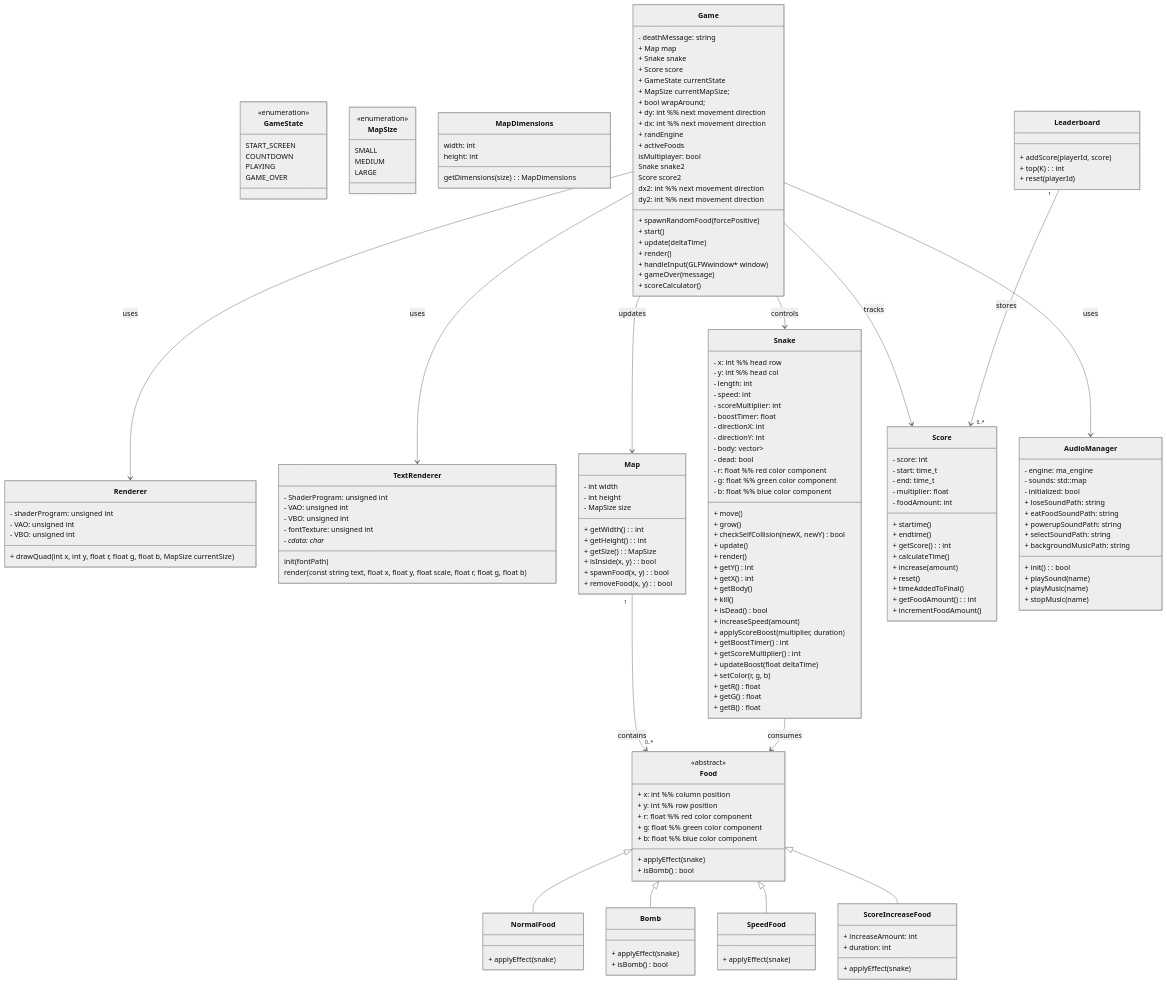
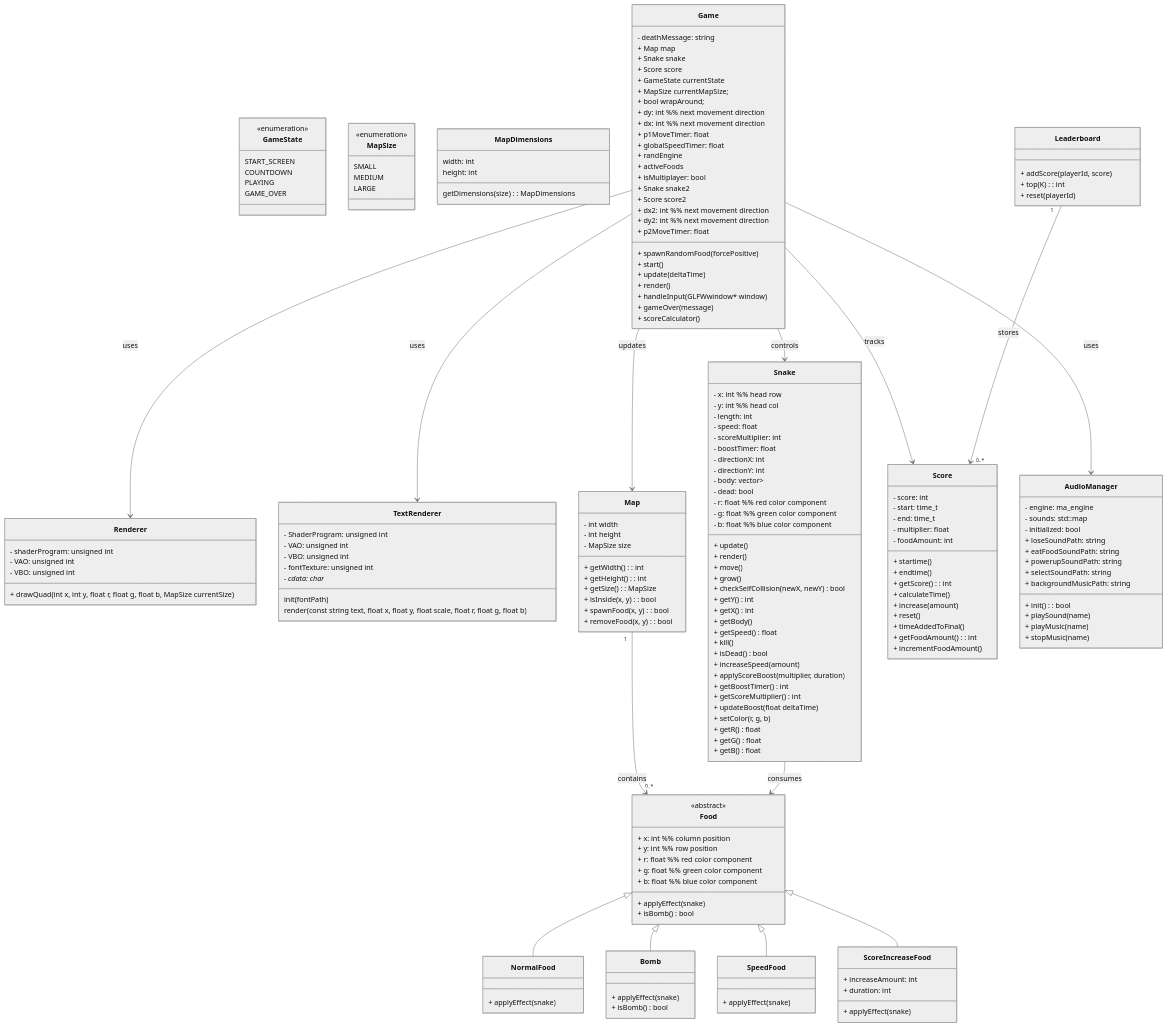
The diagram in README.md (KhioneWinter/PA5-Snake), drawn with Mermaid (neutral theme) before and after one commit. The commit also changed 5 other files, not shown here.

```diff
--- a/README.md
+++ b/README.md
@@ -213,6 +213,8 @@
 
     + dy: int %% next movement direction
     + dx: int %% next movement direction
+    + p1MoveTimer: float
+    + globalSpeedTimer: float
 
     + randEngine
     + activeFoods
@@ -227,11 +229,12 @@
     + scoreCalculator()
 
     %% multiplayer attributes
-    isMultiplayer: bool
-    Snake snake2
-    Score score2
-    dx2: int  %% next movement direction
-    dy2: int  %% next movement direction
+    + isMultiplayer: bool
+    + Snake snake2
+    + Score score2
+    + dx2: int  %% next movement direction
+    + dy2: int  %% next movement direction
+    + p2MoveTimer: float
 }
 
 class Map {
@@ -252,7 +255,7 @@
     - x: int %% head row
     - y: int %% head col
     - length: int
-    - speed: int
+    - speed: float
 
     - scoreMultiplier: int
     - boostTimer: float
@@ -267,16 +270,17 @@
     - g: float %% green color component
     - b: float %% blue color component
 
+    + update()
+    + render()
+
     + move()
     + grow()
     + checkSelfCollision(newX, newY) bool
 
-    + update()
-    + render()
-
     + getY() int
     + getX() int
     + getBody()
+    + getSpeed() float
 
     + kill()
     + isDead() bool
```
